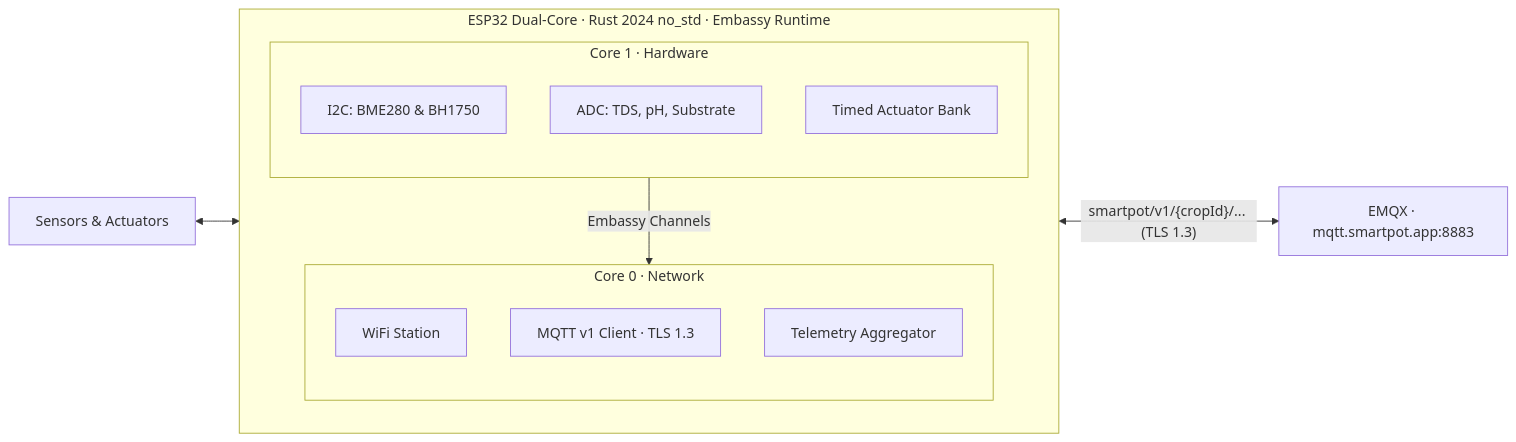
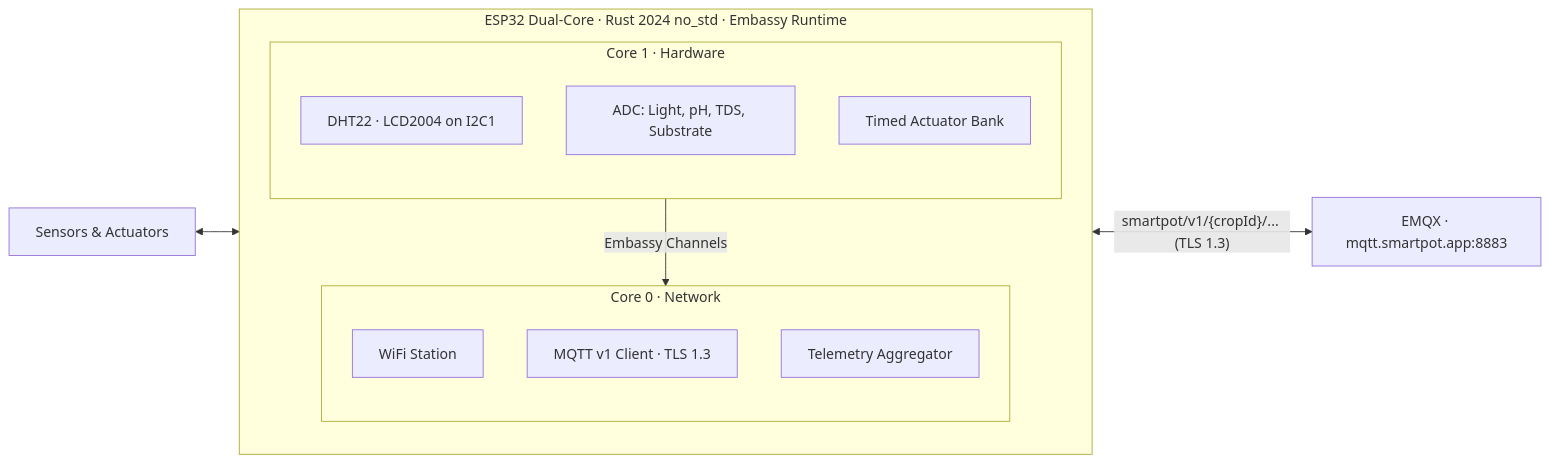
One commit to SmartPotTech/SmartPot-IoT changed the diagram in README.md. Above: the diagram before and after it, drawn with Mermaid. The commit also changed other lines of this file, not shown here.

````diff
--- a/README.md
+++ b/README.md
@@ -22,21 +22,21 @@
 ```mermaid
 flowchart LR
   subgraph esp["ESP32 Dual-Core · Rust 2024 no_std · Embassy Runtime"]
     direction TB
     subgraph core0["Core 0 · Network"]
       direction TB
       wifi["WiFi Station"]
       mqtt["MQTT v1 Client · TLS 1.3"]
       telem["Telemetry Aggregator"]
     end
     subgraph core1["Core 1 · Hardware"]
       direction TB
-      i2c["I2C: BME280 & BH1750"]
-      adc["ADC: TDS, pH, Substrate"]
+      i2c["DHT22 · LCD2004 on I2C1"]
+      adc["ADC: Light, pH, TDS, Substrate"]
       act["Timed Actuator Bank"]
     end
     core1 -->|"Embassy Channels"| core0
   end
   hw["Sensors & Actuators"] <--> esp
   esp <-->|"smartpot/v1/{cropId}/... (TLS 1.3)"| broker["EMQX · mqtt.smartpot.app:8883"]
 ```
````
